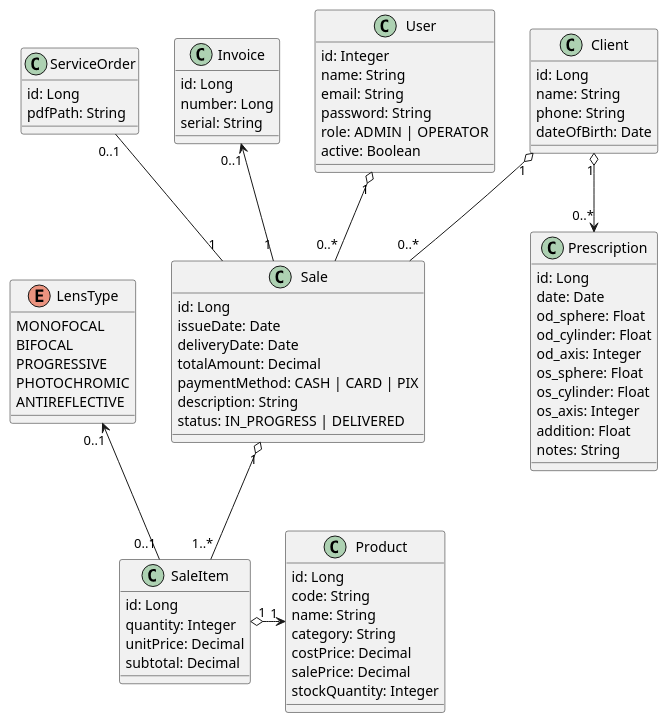
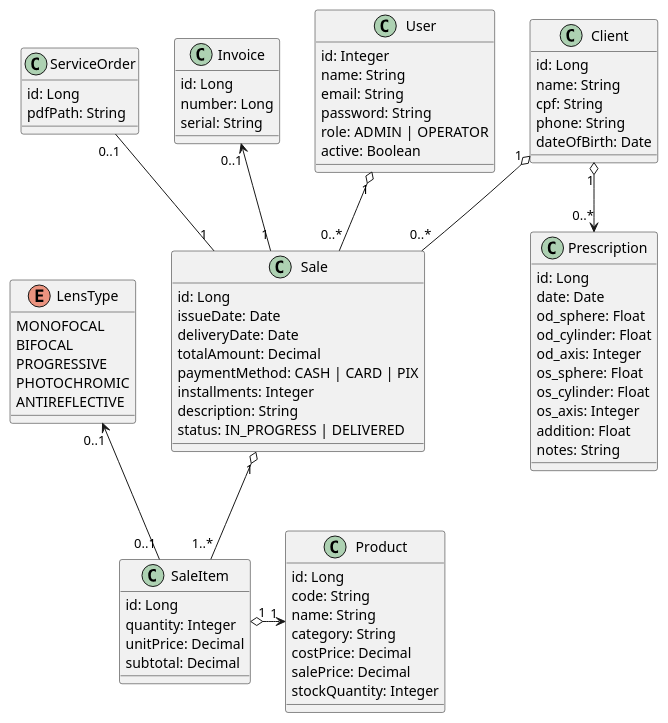
The diagram in docs/model.puml (Andre-Franco1/optica-manager-conception), drawn with PlantUML before and after one commit. The commit also changed 14 other files, not shown here.

```diff
--- a/docs/model.puml
+++ b/docs/model.puml
@@ -1,87 +1,89 @@
 @startuml "model"
 
 class Client {
     id: Long
     name: String
+    cpf: String
     phone: String
     dateOfBirth: Date
 }
 
 class User {
     id: Integer
     name: String
     email: String
     password: String
     role: ADMIN | OPERATOR
     active: Boolean
 }
 
 class Product {
     id: Long
     code: String
     name: String
     category: String
     costPrice: Decimal
     salePrice: Decimal
     stockQuantity: Integer
 }
 
 class Sale {
     id: Long
     issueDate: Date
     deliveryDate: Date
     totalAmount: Decimal
     paymentMethod: CASH | CARD | PIX
+    installments: Integer
     description: String
     status: IN_PROGRESS | DELIVERED
 }
 
 class SaleItem {
     id: Long
     quantity: Integer
     unitPrice: Decimal
     subtotal: Decimal
 }
 
 class Invoice {
     id: Long
     number: Long
     serial: String
 }
 
 class ServiceOrder {
     id: Long
     pdfPath: String
 }
 
 class Prescription {
     id: Long
     date: Date
     od_sphere: Float
     od_cylinder: Float
     od_axis: Integer
     os_sphere: Float
     os_cylinder: Float
     os_axis: Integer
     addition: Float
     notes: String
 }
 
 enum LensType {
     MONOFOCAL
     BIFOCAL
     PROGRESSIVE
     PHOTOCHROMIC
     ANTIREFLECTIVE
 }
 
 Client      "1"          o--      "0..*"    Sale
 Sale        "1"          o-d-     "1..*"    SaleItem
 SaleItem    "1"          o-r->     "1"       Product
 Sale        "1"          -u->      "0..1"    Invoice
 Sale        "1"          -u-      "0..1"    ServiceOrder
 User        "1"          o--      "0..*"    Sale
 Client      "1"          o-->     "0..*"    Prescription
 SaleItem    "0..1"       -u->     "0..1"    LensType
 
 @enduml
```
